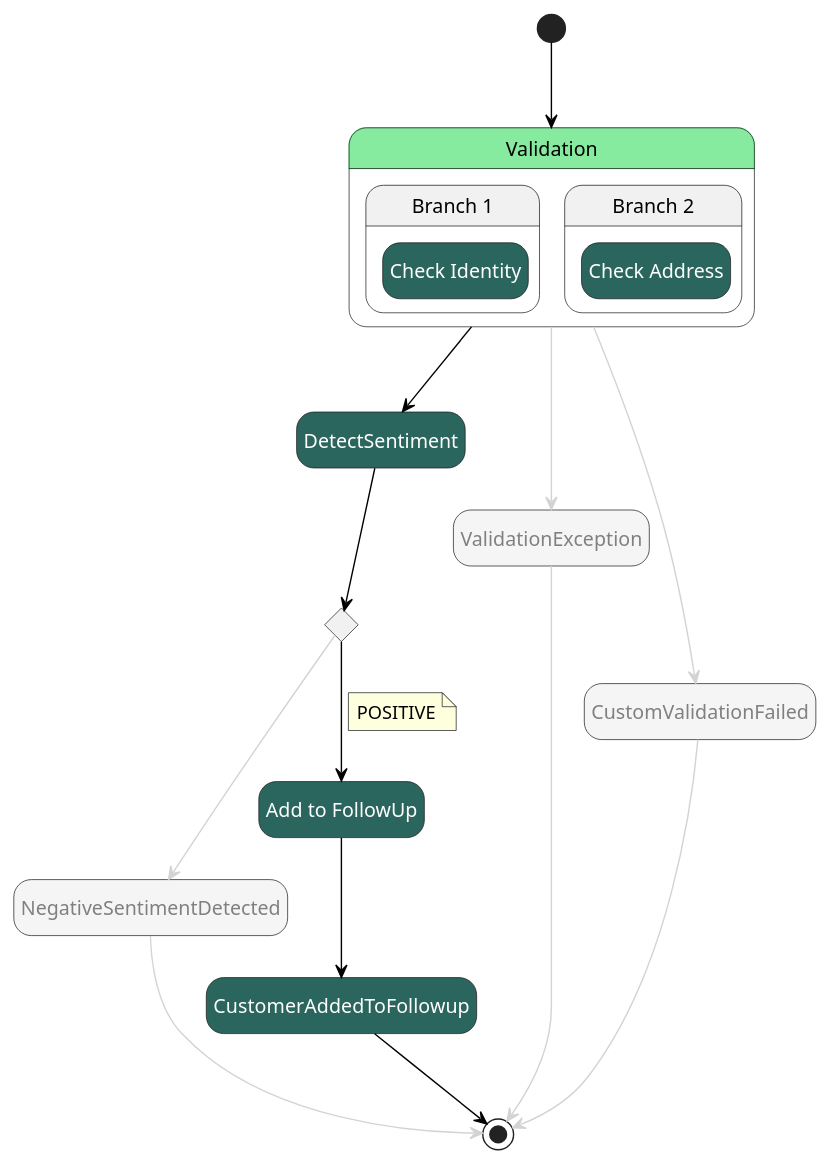
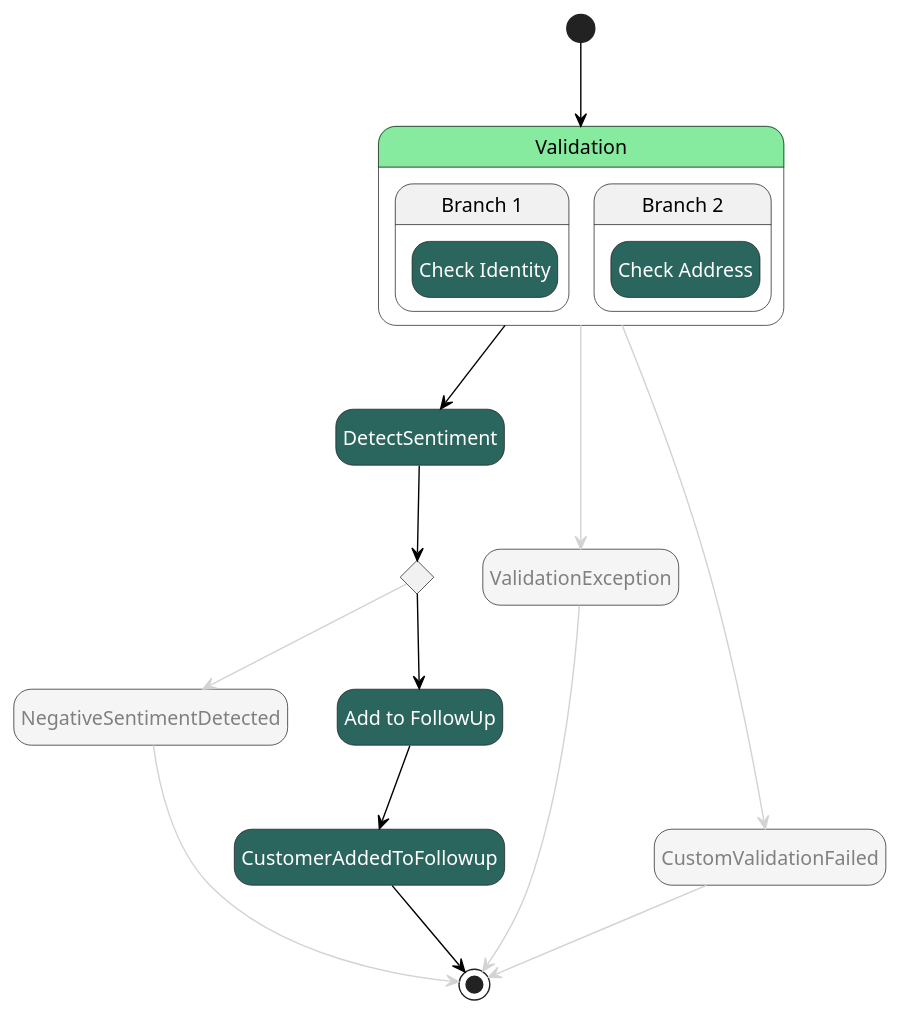
One commit to massfords/asl-mock changed the diagram in src/example-crm/.asl-puml/HappyPathTest.puml. Above: the diagram before and after it, drawn with PlantUML. The commit also changed 20 other files, not shown here.

```diff
--- a/src/example-crm/.asl-puml/HappyPathTest.puml
+++ b/src/example-crm/.asl-puml/HappyPathTest.puml
@@ -1,61 +1,58 @@
 @startuml
 hide empty description
 skinparam ArrowColor #black
 skinparam state {
 
     BackgroundColor<<Choice>> #whitesmoke
     FontColor<<Choice>> automatic
 
     BackgroundColor<<aslParallel>> #whitesmoke
 
     BackgroundColor<<aslTask>> #lightblue
     FontColor<<aslTask>> automatic
     BackgroundColor<<Compensate>> #orange
     FontColor<<CustomStyle0>> automatic
     BackgroundColor<<CustomStyle0>> #86ea9f
     FontColor<<CustomStyle1>> automatic
     BackgroundColor<<CustomStyle1>> #2b665e
     FontColor<<CustomStyle2>> automatic
     BackgroundColor<<CustomStyle2>> #2b665e
     FontColor<<CustomStyle3>> automatic
     BackgroundColor<<CustomStyle3>> #2b665e
     FontColor<<CustomStyle4>> automatic
     BackgroundColor<<CustomStyle4>> #86ea9f
     FontColor<<CustomStyle5>> automatic
     BackgroundColor<<CustomStyle5>> #2b665e
     FontColor<<CustomStyle6>> automatic
     BackgroundColor<<CustomStyle6>> #2b665e
     FontColor<<CustomStyle7>> gray
     BackgroundColor<<CustomStyle7>> #whitesmoke
 }
 state "Validation" as state1<<CustomStyle0>> {
 state "Branch 1" as state1_1 {
 state "Check Identity" as state9<<CustomStyle1>>
 }
 state "Branch 2" as state1_2 {
 state "Check Address" as state10<<CustomStyle2>>
 }
 }
 state "DetectSentiment" as state2<<CustomStyle3>>
 state "ValidationException" as state3<<CustomStyle7>>
 state "Is Positive \nSentiment?" as state4<<Choice>>
 state "NegativeSentimentDetected" as state5<<CustomStyle7>>
 state "CustomValidationFailed" as state6<<CustomStyle7>>
 state "Add to FollowUp" as state7<<CustomStyle5>>
 state "CustomerAddedToFollowup" as state8<<CustomStyle6>>
 [*] --> state1
 state1 --> state2
 state1 -[#lightgray]-> state6
 state1 -[#lightgray]-> state3
 state2 --> state4
 state3 -[#lightgray]-> [*]
 state4 --> state7
-note on link
-POSITIVE
-end note
 state4 -[#lightgray]-> state5
 state5 -[#lightgray]-> [*]
 state6 -[#lightgray]-> [*]
 state7 --> state8
 state8 --> [*]
 @enduml
```
